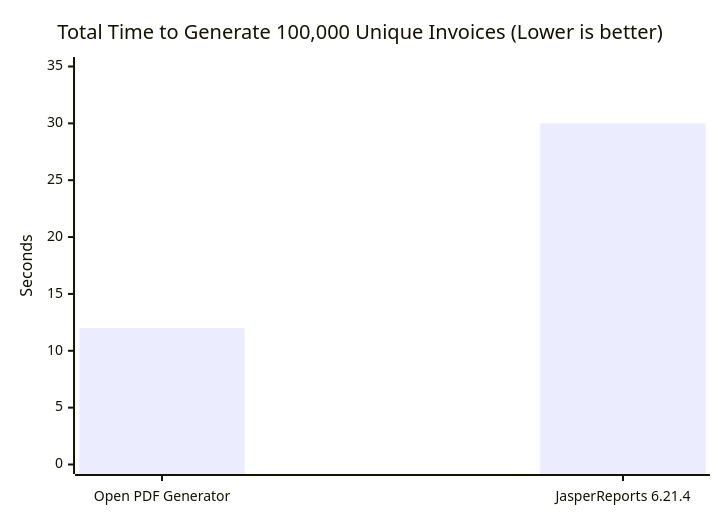
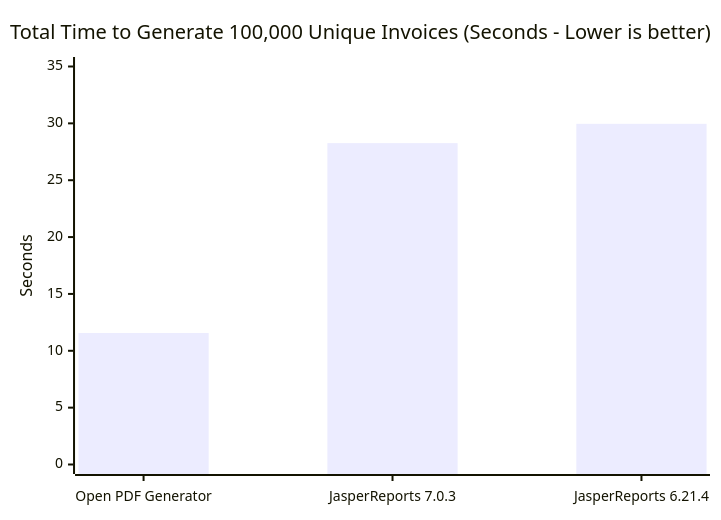
Before and after one commit to adilsoncruz/open-pdf-generator: the first of 3 diagrams in docs/lib/benchmark.md, drawn with Mermaid. The commit also changed other lines of this file and 2 other files, not shown here.

Commit message:
docs(benchmark): update 100k container results comparing Open PDF against JasperReports 6 and 7

````diff
--- a/docs/lib/benchmark.md
+++ b/docs/lib/benchmark.md
@@ -51,7 +53,7 @@
 ```mermaid
 xychart-beta
-    title "Total Time to Generate 100,000 Unique Invoices (Lower is better)"
-    x-axis ["Open PDF Generator", "JasperReports 6.21.4"]
+    title "Total Time to Generate 100,000 Unique Invoices (Seconds - Lower is better)"
+    x-axis ["Open PDF Generator", "JasperReports 7.0.3", "JasperReports 6.21.4"]
     y-axis "Seconds" 0 --> 35
-    bar [12, 30]
+    bar [11.56, 28.26, 29.96]
 ```
````
